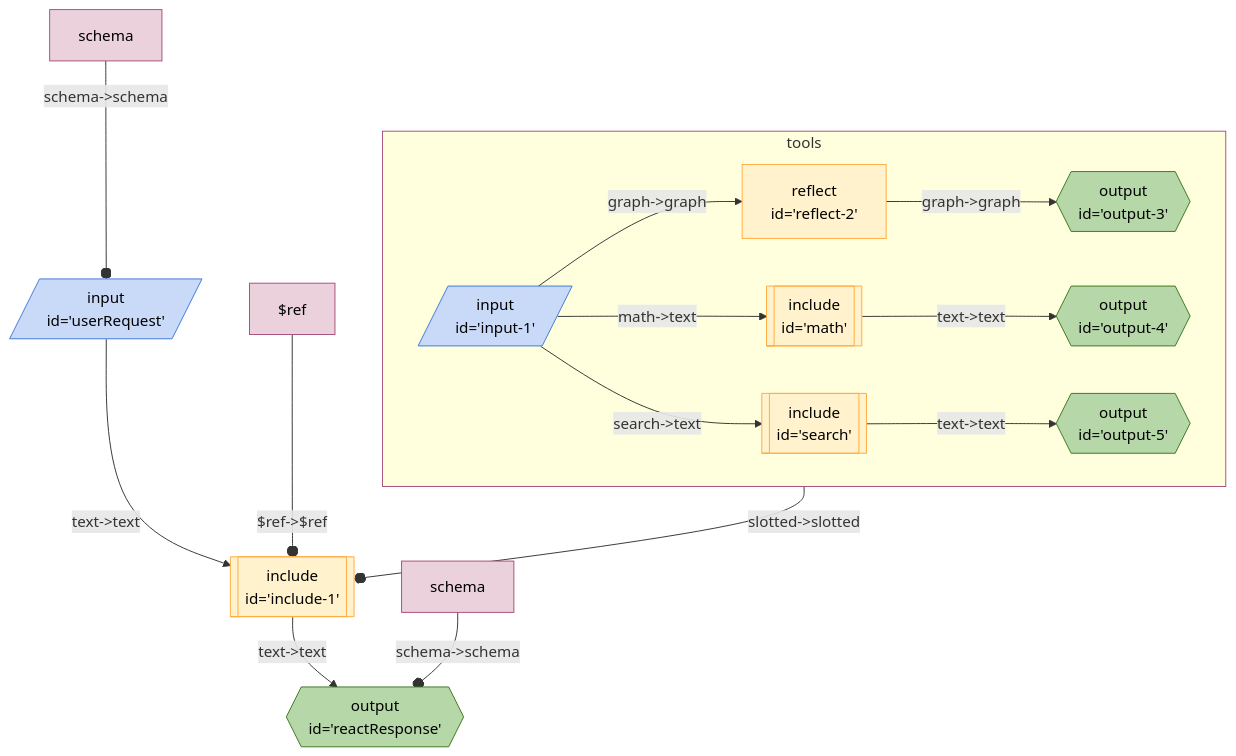
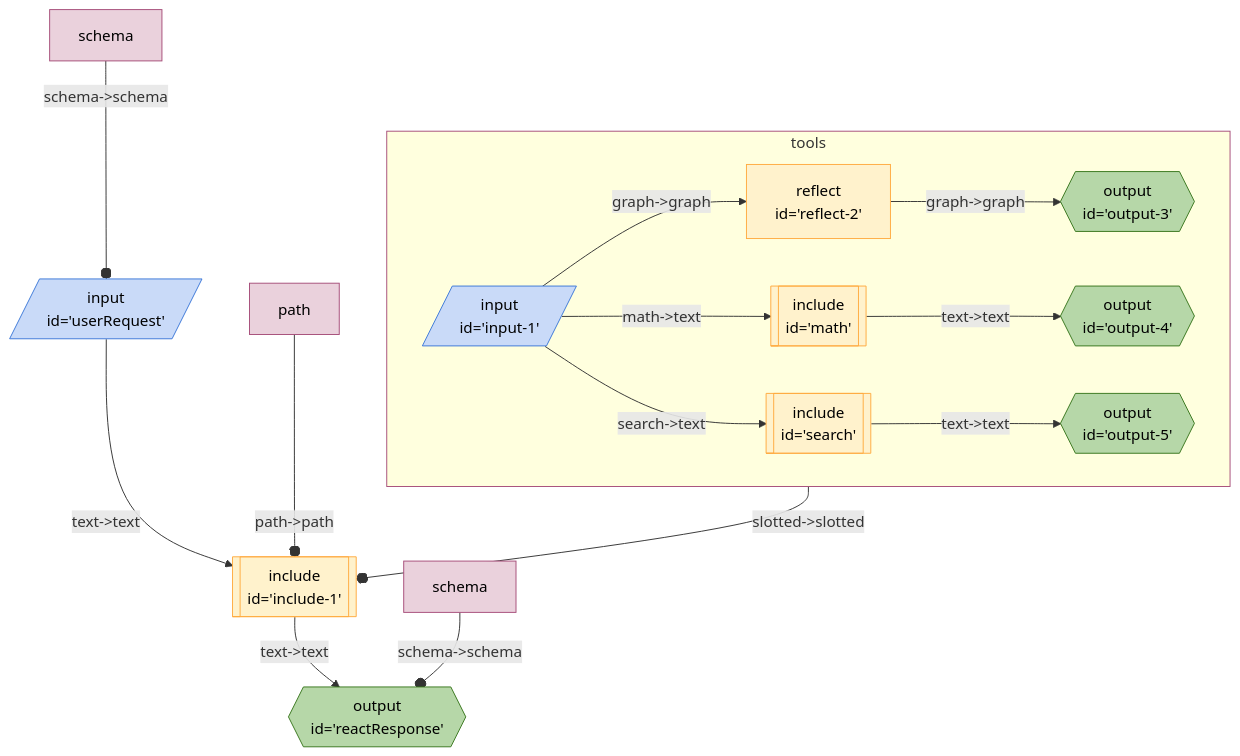
Before and after one commit to breadboard-ai/breadboard: the diagram in seeds/graph-playground/docs/graphs/call-react-with-slot.md, drawn with Mermaid. The commit also changed 2 other files, not shown here.

Commit message:
[graph-playground] Use Core Kit in `call-react-with-slot`.

````diff
--- a/seeds/graph-playground/docs/graphs/call-react-with-slot.md
+++ b/seeds/graph-playground/docs/graphs/call-react-with-slot.md
@@ -5,32 +5,32 @@
   ```mermaid
   %%{init: 'themeVariables': { 'fontFamily': 'Fira Code, monospace' }}%%
 graph TD;
 include1[["include <br> id='include-1'"]]:::include -- "text->text" --> reactResponse{{"output <br> id='reactResponse'"}}:::output
 subgraph sg_tools [tools]
 include1_reflect2["reflect <br> id='reflect-2'"] -- "graph->graph" --> include1_output3{{"output <br> id='output-3'"}}:::output
 include1_input1[/"input <br> id='input-1'"/]:::input -- "graph->graph" --> include1_reflect2["reflect <br> id='reflect-2'"]
 include1_math[["include <br> id='math'"]]:::include -- "text->text" --> include1_output4{{"output <br> id='output-4'"}}:::output
 include1_input1[/"input <br> id='input-1'"/]:::input -- "math->text" --> include1_math[["include <br> id='math'"]]:::include
 include1_search[["include <br> id='search'"]]:::include -- "text->text" --> include1_output5{{"output <br> id='output-5'"}}:::output
 include1_input1[/"input <br> id='input-1'"/]:::input -- "search->text" --> include1_search[["include <br> id='search'"]]:::include
 
 
 
 
 end
 sg_tools:::slotted -- "slotted->slotted" --o include1
 
 userRequest[/"input <br> id='userRequest'"/]:::input -- "text->text" --> include1[["include <br> id='include-1'"]]:::include
 schemauserRequest[schema]:::config -- "schema->schema" --o userRequest
-$refinclude1[$ref]:::config -- "$ref->$ref" --o include1
+pathinclude1[path]:::config -- "path->path" --o include1
 
 schemareactResponse[schema]:::config -- "schema->schema" --o reactResponse
 classDef default stroke:#ffab40,fill:#fff2ccff,color:#000
 classDef input stroke:#3c78d8,fill:#c9daf8ff,color:#000
 classDef output stroke:#38761d,fill:#b6d7a8ff,color:#000
 classDef passthrough stroke:#a64d79,fill:#ead1dcff,color:#000
 classDef slot stroke:#a64d79,fill:#ead1dcff,color:#000
 classDef config stroke:#a64d79,fill:#ead1dcff,color:#000
 classDef secrets stroke:#db4437,fill:#f4cccc,color:#000
 classDef slotted stroke:#a64d79
   ```
````
